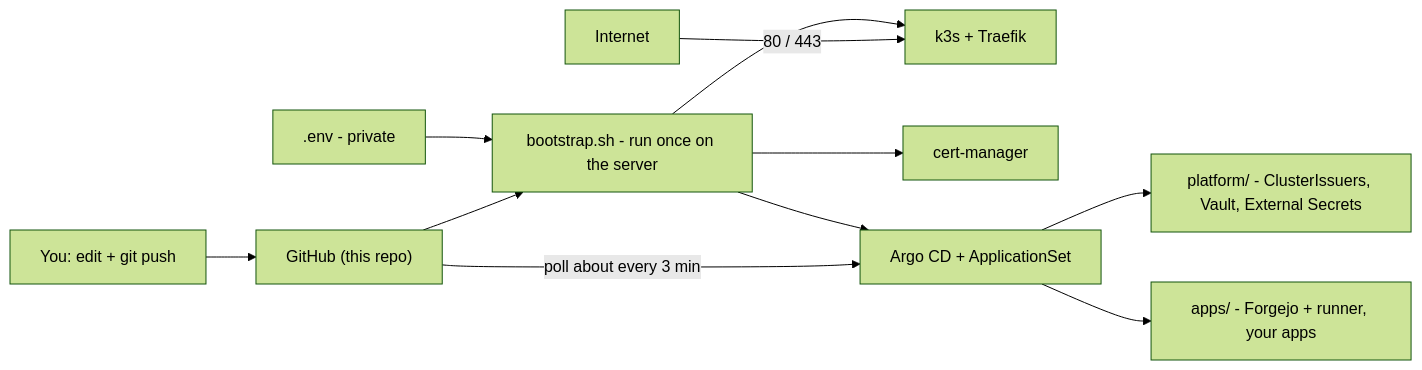
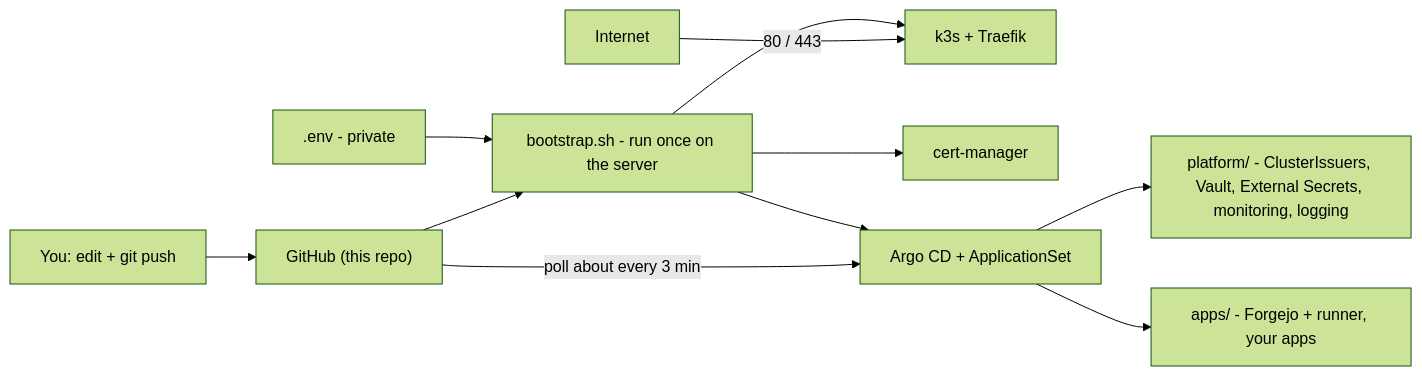
The diagram in README.md (Elouel/homelab), drawn with Mermaid (forest theme) before and after one commit. The commit also changed other lines of this file and 22 other files, not shown here.

First line of the commit message:
platform: add monitoring and logging (#2)

````diff
--- a/README.md
+++ b/README.md
@@ -7,13 +7,13 @@
 ```mermaid
 flowchart LR
   DEV["You: edit + git push"] --> GH["GitHub (this repo)"]
   ENV[".env - private"] --> BS["bootstrap.sh - run once on the server"]
   GH --> BS
   BS --> K3S["k3s + Traefik"]
   BS --> CM["cert-manager"]
   BS --> AR["Argo CD + ApplicationSet"]
   GH -->|"poll about every 3 min"| AR
-  AR --> P["platform/ - ClusterIssuers, Vault, External Secrets"]
+  AR --> P["platform/ - ClusterIssuers, Vault, External Secrets, monitoring, logging"]
   AR --> A["apps/ - Forgejo + runner, your apps"]
   U["Internet"] -->|"80 / 443"| K3S
 ```
````
